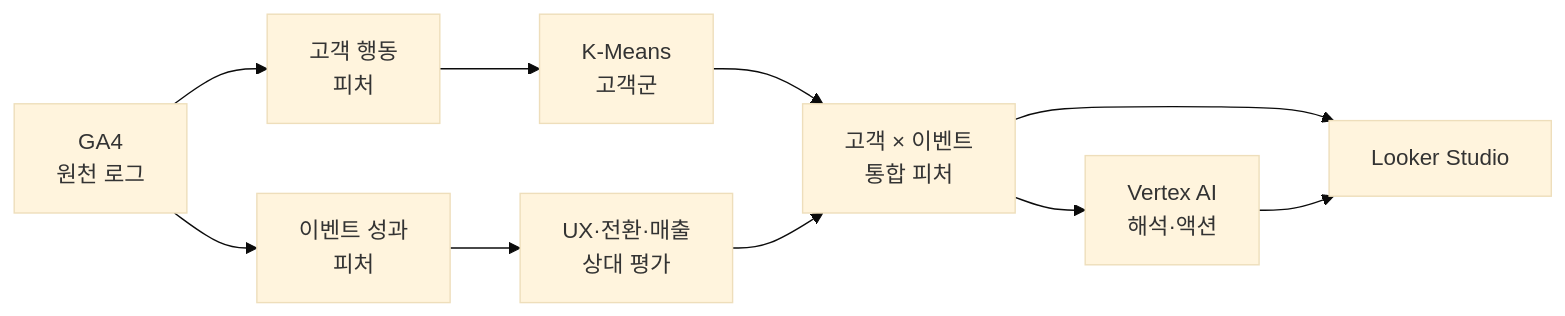
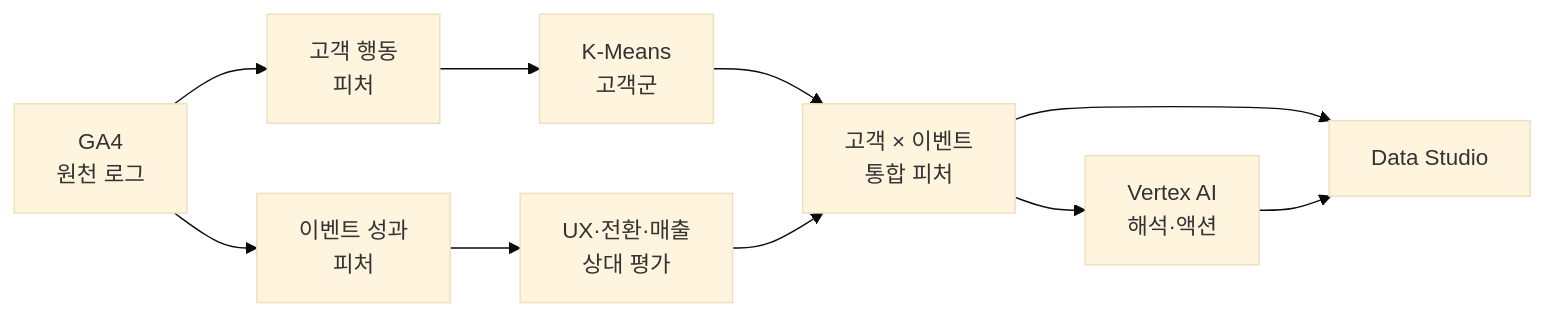
One commit to qkrwlfjddl/Marketing-KPI-AI-Insight changed the first of 2 diagrams in README.md. Above: the diagram before and after it, drawn with Mermaid (base theme). The commit also changed other lines of this file, not shown here.

````diff
--- a/README.md
+++ b/README.md
@@ -37,12 +39,12 @@
 ```mermaid
 flowchart LR
     A["GA4<br/>원천 로그"] --> B["고객 행동<br/>피처"]
     A --> C["이벤트 성과<br/>피처"]
     B --> D["K-Means<br/>고객군"]
     C --> E["UX·전환·매출<br/>상대 평가"]
     D --> F["고객 × 이벤트<br/>통합 피처"]
     E --> F
     F --> G["Vertex AI<br/>해석·액션"]
-    F --> H["Looker Studio"]
+    F --> H["Data Studio"]
     G --> H
 ```
````
